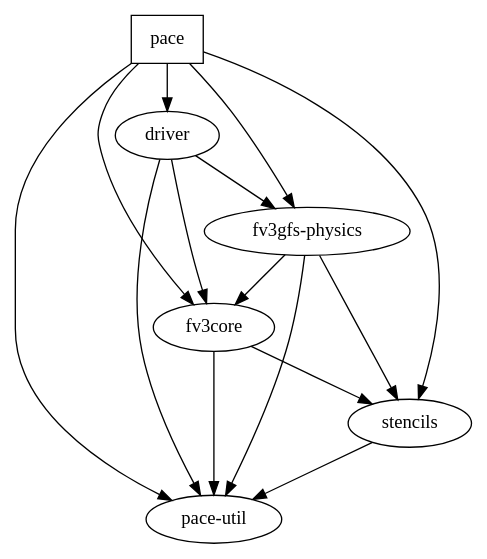
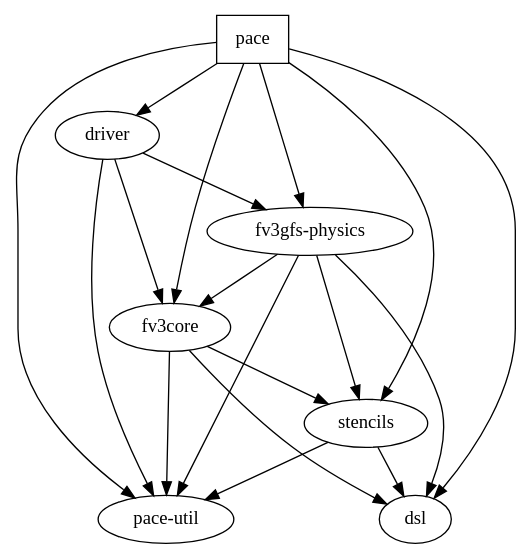
One commit to ai2cm/pace changed the diagram in dependencies.dot. Above: the diagram before and after it, drawn with Graphviz. The commit also changed 1 other file, not shown here.

```diff
--- a/dependencies.dot
+++ b/dependencies.dot
@@ -1,31 +1,35 @@
 # this dotfile is used as a reference source for project dependencies
 # each folder entry must have a "label" equal to its directory name
 #
 # If you update this file, please re-generate the svg with `make dependencies.svg`
 # and commit it to the repository
 
 digraph {
   pace [shape=box]
   fv3core [shape=oval, label="fv3core"]
   driver [shape=oval, label="driver"]
   physics [shape=oval, label="fv3gfs-physics"]
   stencils [shape=oval, label="stencils"]
   util [shape=oval, label="pace-util"]
-
+  dsl [shape=oval, label="dsl"]
 
   pace -> fv3core
   pace -> physics
   pace -> util
   pace -> driver
   pace -> stencils
+  pace -> dsl
   driver -> fv3core
   driver -> physics
   driver -> util
   fv3core -> util
   fv3core -> stencils
+  fv3core -> dsl
   physics -> util
   physics -> fv3core
   physics -> stencils
+  physics -> dsl
   stencils -> util
+  stencils -> dsl
 
 }
```
